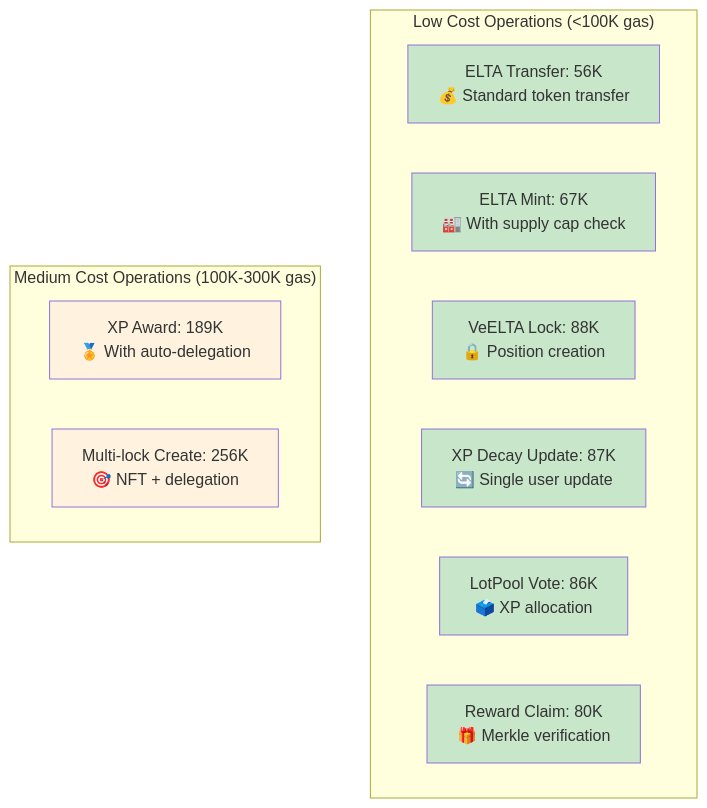
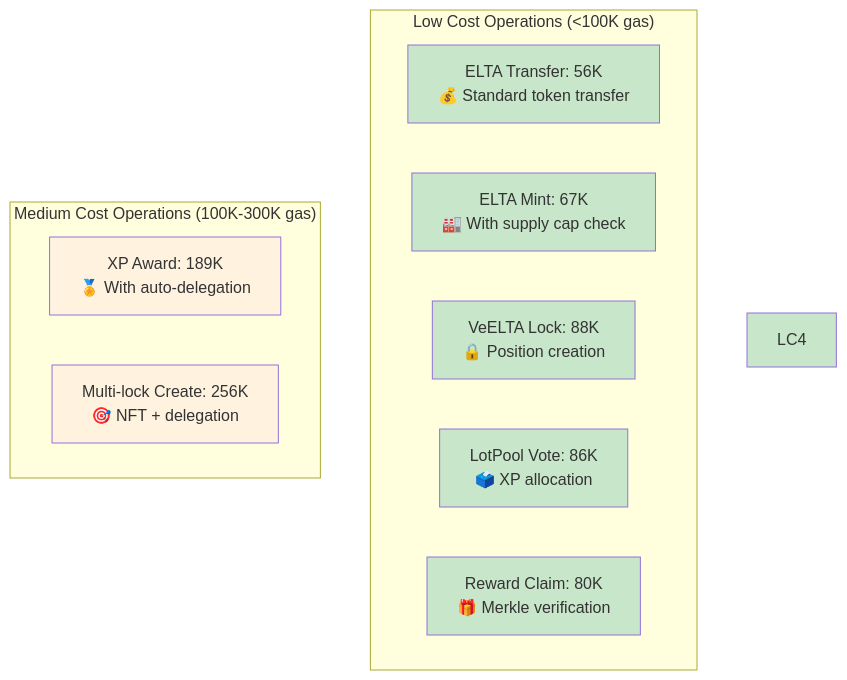
Before and after one commit to Elata-Biosciences/elata-protocol: the ninth of 10 diagrams in README.md, drawn with Mermaid. The commit also changed other lines of this file and 10 other files, not shown here.

````diff
--- a/README.md
+++ b/README.md
@@ -811,25 +838,24 @@
 ```mermaid
 graph TD
     subgraph "Low Cost Operations (<100K gas)"
         LC1[ELTA Transfer: 56K<br/>💰 Standard token transfer]
         LC2[ELTA Mint: 67K<br/>🏭 With supply cap check]
         LC3[VeELTA Lock: 88K<br/>🔒 Position creation]
-        LC4[XP Decay Update: 87K<br/>🔄 Single user update]
         LC5[LotPool Vote: 86K<br/>🗳️ XP allocation]
         LC6[Reward Claim: 80K<br/>🎁 Merkle verification]
     end
     
     subgraph "Medium Cost Operations (100K-300K gas)"
         MC1[XP Award: 189K<br/>🏅 With auto-delegation]
         MC2[Multi-lock Create: 256K<br/>🎯 NFT + delegation]
     end
     
     style LC1 fill:#c8e6c9
     style LC2 fill:#c8e6c9
     style LC3 fill:#c8e6c9
     style LC4 fill:#c8e6c9
     style LC5 fill:#c8e6c9
     style LC6 fill:#c8e6c9
     style MC1 fill:#fff3e0
     style MC2 fill:#fff3e0
 ```
````
